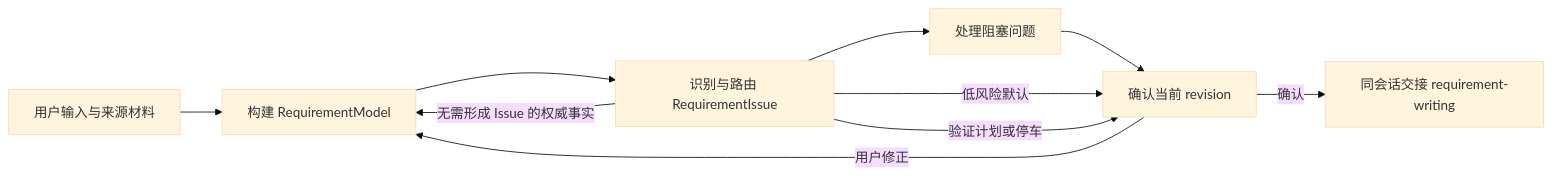
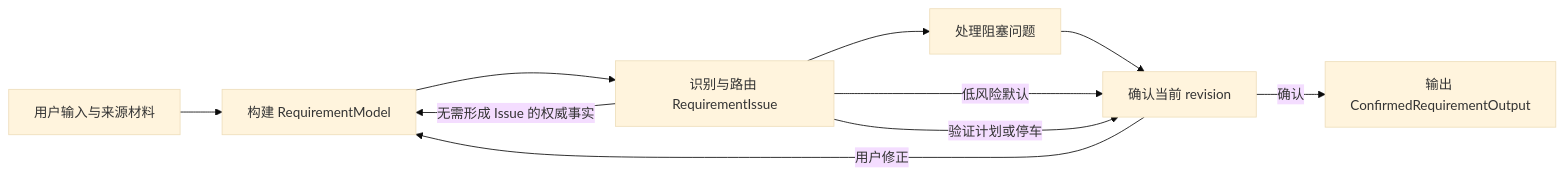
Before and after one commit to shirayner/ace: the first of 3 diagrams in tmpdoc/requirement-understanding-skill-design/design.md, drawn with Mermaid (base theme). The commit also changed other lines of this file and 17 other files, not shown here.

````diff
--- a/tmpdoc/requirement-understanding-skill-design/design.md
+++ b/tmpdoc/requirement-understanding-skill-design/design.md
@@ -155,13 +160,13 @@
 ```mermaid
 flowchart LR
     U[用户输入与来源材料] --> M[构建 RequirementModel]
     M --> I[识别与路由 RequirementIssue]
     I --> R[处理阻塞问题]
     R --> G[确认当前 revision]
     G -->|用户修正| M
-    G -->|确认| H[同会话交接 requirement-writing]
+    G -->|确认| H[输出 ConfirmedRequirementOutput]
 
     I -->|低风险默认| G
     I -->|验证计划或停车| G
     I -->|无需形成 Issue 的权威事实| M
 ```
````
